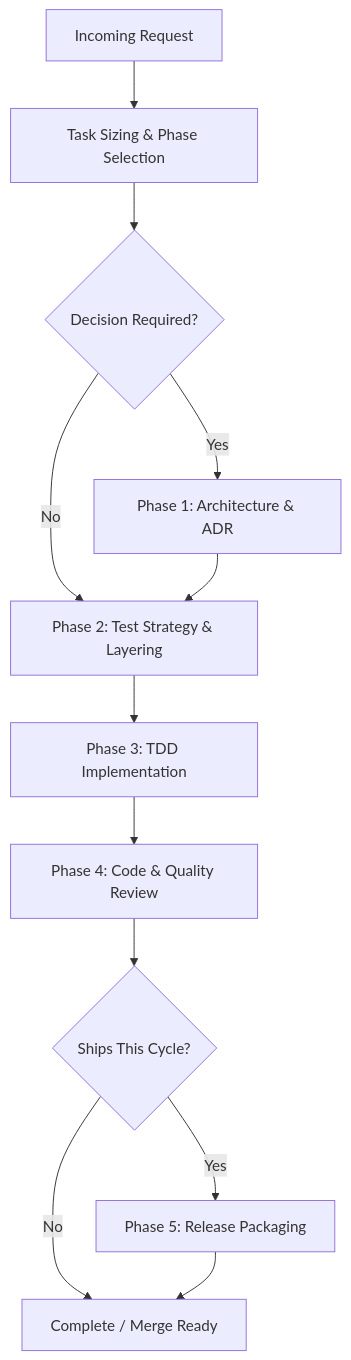
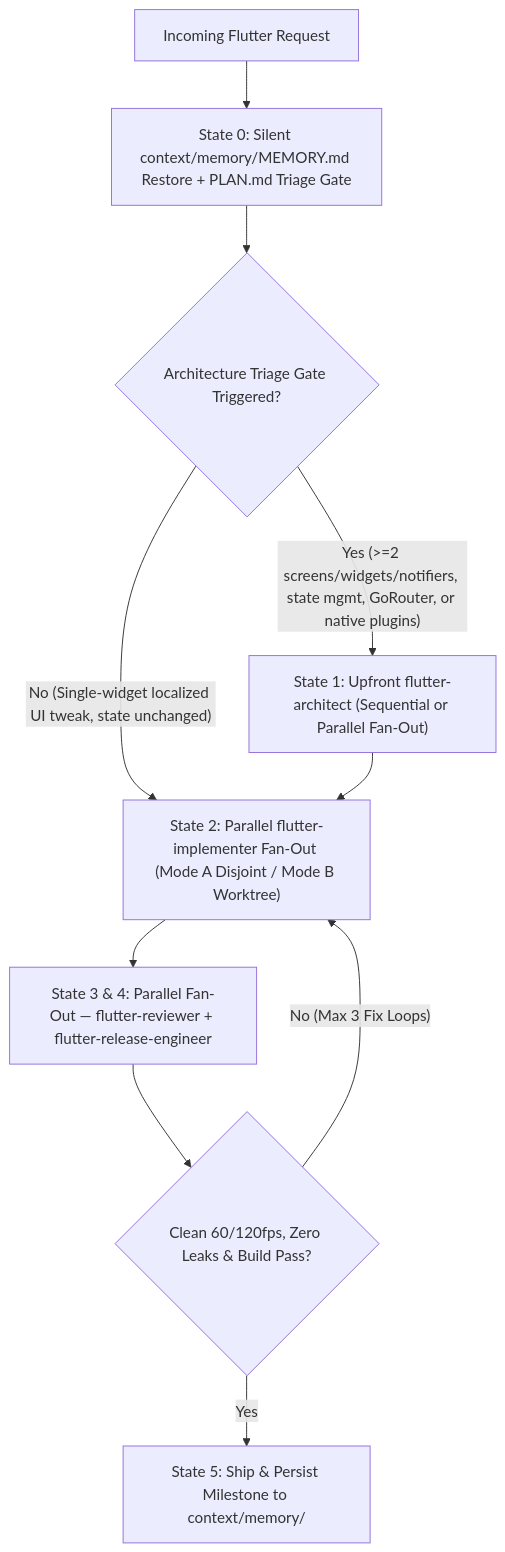
The diagram in plugins/claude/senior-dev-flutter/skills/flutter-senior-orchestration/SKILL.md (jggomez/expert-ai-developer-skills), drawn with Mermaid before and after one commit. The commit also changed other lines of this file and 245 other files, not shown here.

Commit message:
feat(plugins): add cross-ai llm wiki memory, mandatory triage gates, and parallel dag execution

````diff
--- a/plugins/claude/senior-dev-flutter/skills/flutter-senior-orchestration/SKILL.md
+++ b/plugins/claude/senior-dev-flutter/skills/flutter-senior-orchestration/SKILL.md
@@ -26,14 +25,12 @@
 ```mermaid
 flowchart TD
-    A[Incoming Request] --> B[Task Sizing & Phase Selection]
-    B --> C{Decision Required?}
-    C -->|Yes| D[Phase 1: Architecture & ADR]
-    C -->|No| E[Phase 2: Test Strategy & Layering]
+    A["Incoming Flutter Request"] --> B["State 0: Silent context/memory/MEMORY.md Restore + PLAN.md Triage Gate"]
+    B --> C{"Architecture Triage Gate Triggered?"}
+    C -->|"Yes (>=2 screens/widgets/notifiers, state mgmt, GoRouter, or native plugins)"| D["State 1: Upfront flutter-architect (Sequential or Parallel Fan-Out)"]
+    C -->|"No (Single-widget localized UI tweak, state unchanged)"| E["State 2: Parallel flutter-implementer Fan-Out (Mode A Disjoint / Mode B Worktree)"]
     D --> E
-    E --> F[Phase 3: TDD Implementation]
-    F --> G[Phase 4: Code & Quality Review]
-    G --> H{Ships This Cycle?}
-    H -->|Yes| I[Phase 5: Release Packaging]
-    H -->|No| J[Complete / Merge Ready]
-    I --> J
+    E --> F["State 3 & 4: Parallel Fan-Out — flutter-reviewer + flutter-release-engineer"]
+    F --> G{"Clean 60/120fps, Zero Leaks & Build Pass?"}
+    G -->|"No (Max 3 Fix Loops)"| E
+    G -->|"Yes"| H["State 5: Ship & Persist Milestone to context/memory/"]
 ```
````
